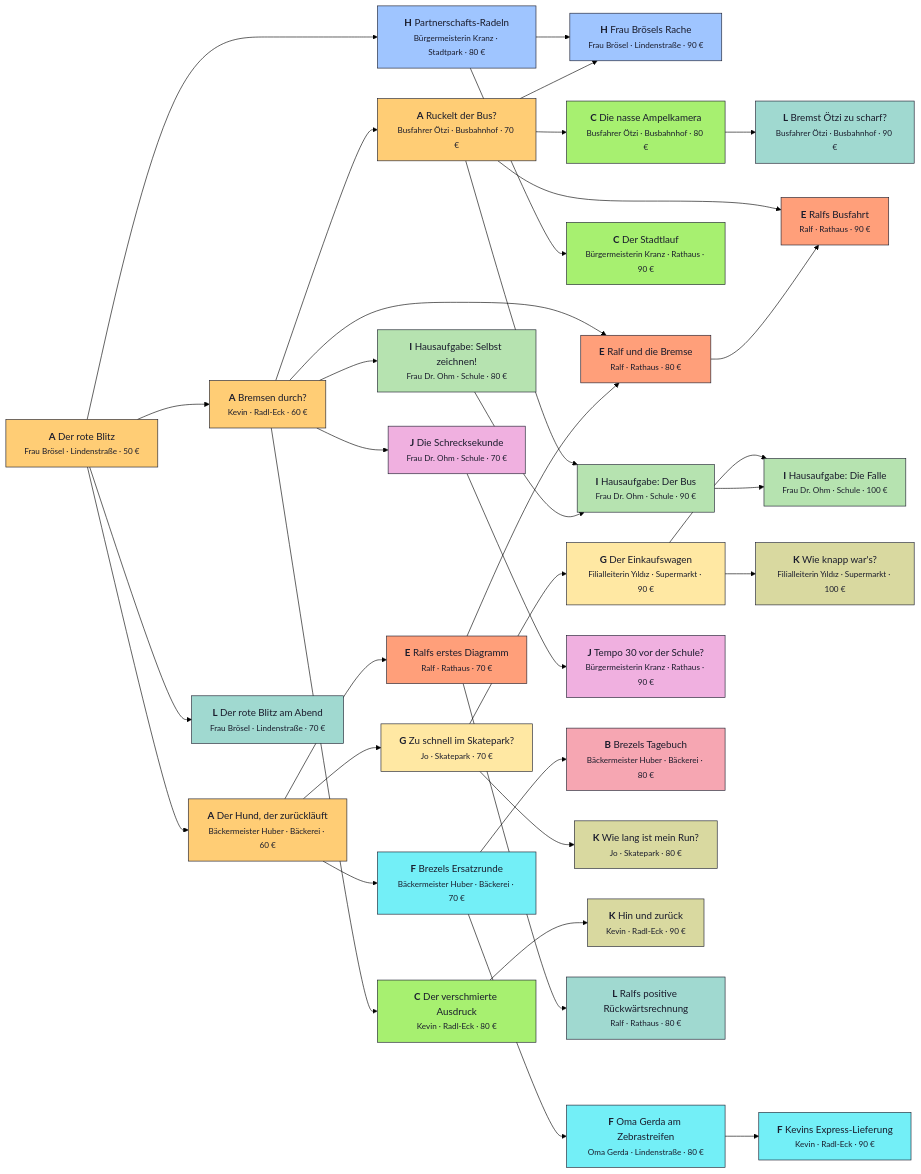
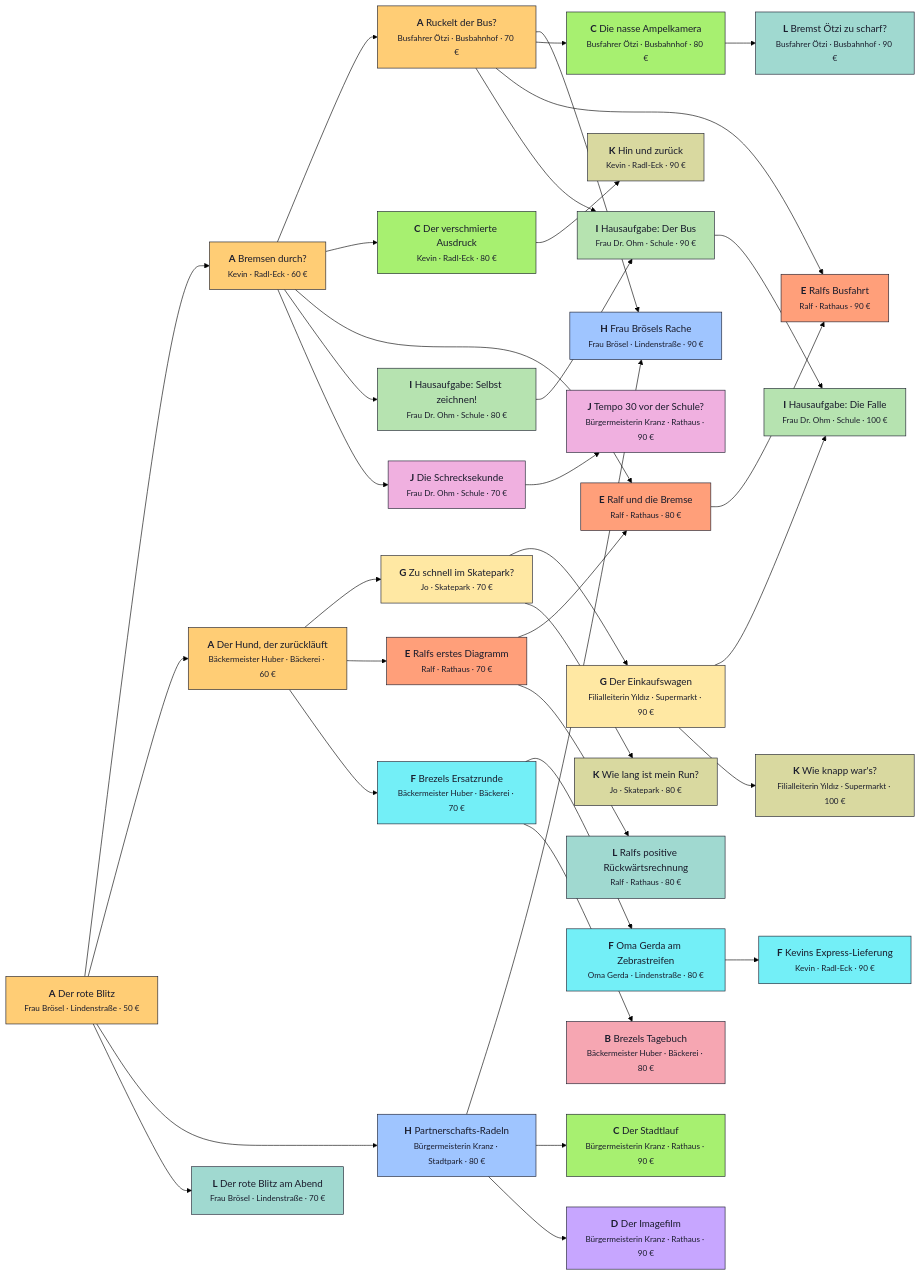
Before and after one commit to MJMssnr/amt-fuer-bewegung: the diagram in docs/QUESTPLAN.md, drawn with Mermaid (forest theme). The commit also changed other lines of this file and 12 other files, not shown here.

First line of the commit message:
W21: Typ D Regie (Variante a) mit Testauftrag „Der Imagefilm“

````diff
--- a/docs/QUESTPLAN.md
+++ b/docs/QUESTPLAN.md
@@ -10,77 +10,79 @@
 ```mermaid
 flowchart LR
   t01_sportwagen["<b>A</b> Der rote Blitz<br/><small>Frau Brösel · Lindenstraße · 50 €</small>"]:::tA
   t02_kevin["<b>A</b> Bremsen durch?<br/><small>Kevin · Radl-Eck · 60 €</small>"]:::tA
   t03_bus["<b>A</b> Ruckelt der Bus?<br/><small>Busfahrer Ötzi · Busbahnhof · 70 €</small>"]:::tA
   t04_brezel["<b>A</b> Der Hund, der zurückläuft<br/><small>Bäckermeister Huber · Bäckerei · 60 €</small>"]:::tA
   t05_radeln["<b>H</b> Partnerschafts-Radeln<br/><small>Bürgermeisterin Kranz · Stadtpark · 80 €</small>"]:::tH
   t06_broesel_ampel["<b>H</b> Frau Brösels Rache<br/><small>Frau Brösel · Lindenstraße · 90 €</small>"]:::tH
   t07_skater["<b>G</b> Zu schnell im Skatepark?<br/><small>Jo · Skatepark · 70 €</small>"]:::tG
   t08_einkaufswagen["<b>G</b> Der Einkaufswagen<br/><small>Filialleiterin Yıldız · Supermarkt · 90 €</small>"]:::tG
   t09_tacho["<b>C</b> Der verschmierte Ausdruck<br/><small>Kevin · Radl-Eck · 80 €</small>"]:::tC
   t10_ampelkamera["<b>C</b> Die nasse Ampelkamera<br/><small>Busfahrer Ötzi · Busbahnhof · 80 €</small>"]:::tC
   t11_stadtlauf["<b>C</b> Der Stadtlauf<br/><small>Bürgermeisterin Kranz · Rathaus · 90 €</small>"]:::tC
   t12_ralf_brezel["<b>E</b> Ralfs erstes Diagramm<br/><small>Ralf · Rathaus · 70 €</small>"]:::tE
   t13_ralf_kevin["<b>E</b> Ralf und die Bremse<br/><small>Ralf · Rathaus · 80 €</small>"]:::tE
   t14_ralf_bus["<b>E</b> Ralfs Busfahrt<br/><small>Ralf · Rathaus · 90 €</small>"]:::tE
   t15_live_brezel["<b>F</b> Brezels Ersatzrunde<br/><small>Bäckermeister Huber · Bäckerei · 70 €</small>"]:::tF
   t16_live_gerda["<b>F</b> Oma Gerda am Zebrastreifen<br/><small>Oma Gerda · Lindenstraße · 80 €</small>"]:::tF
   t17_live_kevin["<b>F</b> Kevins Express-Lieferung<br/><small>Kevin · Radl-Eck · 90 €</small>"]:::tF
   t18_konstrukt_kevin["<b>I</b> Hausaufgabe: Selbst zeichnen!<br/><small>Frau Dr. Ohm · Schule · 80 €</small>"]:::tI
   t19_konstrukt_bus["<b>I</b> Hausaufgabe: Der Bus<br/><small>Frau Dr. Ohm · Schule · 90 €</small>"]:::tI
   t20_konstrukt_wagen["<b>I</b> Hausaufgabe: Die Falle<br/><small>Frau Dr. Ohm · Schule · 100 €</small>"]:::tI
   t21_reaktion_rad["<b>J</b> Die Schrecksekunde<br/><small>Frau Dr. Ohm · Schule · 70 €</small>"]:::tJ
   t22_reaktion_auto["<b>J</b> Tempo 30 vor der Schule?<br/><small>Bürgermeisterin Kranz · Rathaus · 90 €</small>"]:::tJ
   t23_freihand_brezel["<b>B</b> Brezels Tagebuch<br/><small>Bäckermeister Huber · Bäckerei · 80 €</small>"]:::tB
   t24_flaeche_jo["<b>K</b> Wie lang ist mein Run?<br/><small>Jo · Skatepark · 80 €</small>"]:::tK
   t25_flaeche_kevin["<b>K</b> Hin und zurück<br/><small>Kevin · Radl-Eck · 90 €</small>"]:::tK
   t26_flaeche_wagen["<b>K</b> Wie knapp war's?<br/><small>Filialleiterin Yıldız · Supermarkt · 100 €</small>"]:::tK
   t27_steigung_blitz["<b>L</b> Der rote Blitz am Abend<br/><small>Frau Brösel · Lindenstraße · 70 €</small>"]:::tL
   t28_steigung_ralf["<b>L</b> Ralfs positive Rückwärtsrechnung<br/><small>Ralf · Rathaus · 80 €</small>"]:::tL
   t29_steigung_bus["<b>L</b> Bremst Ötzi zu scharf?<br/><small>Busfahrer Ötzi · Busbahnhof · 90 €</small>"]:::tL
+  t30_regie_imagefilm["<b>D</b> Der Imagefilm<br/><small>Bürgermeisterin Kranz · Rathaus · 90 €</small>"]:::tD
   t01_sportwagen --> t02_kevin
   t02_kevin --> t03_bus
   t01_sportwagen --> t04_brezel
   t01_sportwagen --> t05_radeln
   t03_bus --> t06_broesel_ampel
   t05_radeln --> t06_broesel_ampel
   t04_brezel --> t07_skater
   t07_skater --> t08_einkaufswagen
   t02_kevin --> t09_tacho
   t03_bus --> t10_ampelkamera
   t05_radeln --> t11_stadtlauf
   t04_brezel --> t12_ralf_brezel
   t12_ralf_brezel --> t13_ralf_kevin
   t02_kevin --> t13_ralf_kevin
   t13_ralf_kevin --> t14_ralf_bus
   t03_bus --> t14_ralf_bus
   t04_brezel --> t15_live_brezel
   t15_live_brezel --> t16_live_gerda
   t16_live_gerda --> t17_live_kevin
   t02_kevin --> t18_konstrukt_kevin
   t18_konstrukt_kevin --> t19_konstrukt_bus
   t03_bus --> t19_konstrukt_bus
   t19_konstrukt_bus --> t20_konstrukt_wagen
   t08_einkaufswagen --> t20_konstrukt_wagen
   t02_kevin --> t21_reaktion_rad
   t21_reaktion_rad --> t22_reaktion_auto
   t15_live_brezel --> t23_freihand_brezel
   t07_skater --> t24_flaeche_jo
   t09_tacho --> t25_flaeche_kevin
   t08_einkaufswagen --> t26_flaeche_wagen
   t01_sportwagen --> t27_steigung_blitz
   t12_ralf_brezel --> t28_steigung_ralf
   t10_ampelkamera --> t29_steigung_bus
+  t05_radeln --> t30_regie_imagefilm
   classDef tA fill:#ffcd75,stroke:#1a1c2c,color:#1a1c2c
   classDef tB fill:#f6a6b2,stroke:#1a1c2c,color:#1a1c2c
   classDef tC fill:#a7f070,stroke:#1a1c2c,color:#1a1c2c
   classDef tD fill:#c7a6ff,stroke:#1a1c2c,color:#1a1c2c
   classDef tE fill:#ff9f7a,stroke:#1a1c2c,color:#1a1c2c
   classDef tF fill:#73eff7,stroke:#1a1c2c,color:#1a1c2c
   classDef tG fill:#ffe8a3,stroke:#1a1c2c,color:#1a1c2c
   classDef tH fill:#9fc5ff,stroke:#1a1c2c,color:#1a1c2c
   classDef tI fill:#b6e3b0,stroke:#1a1c2c,color:#1a1c2c
   classDef tJ fill:#f0b0e0,stroke:#1a1c2c,color:#1a1c2c
   classDef tK fill:#d9d9a0,stroke:#1a1c2c,color:#1a1c2c
   classDef tL fill:#a0d9d0,stroke:#1a1c2c,color:#1a1c2c
 ```
````
